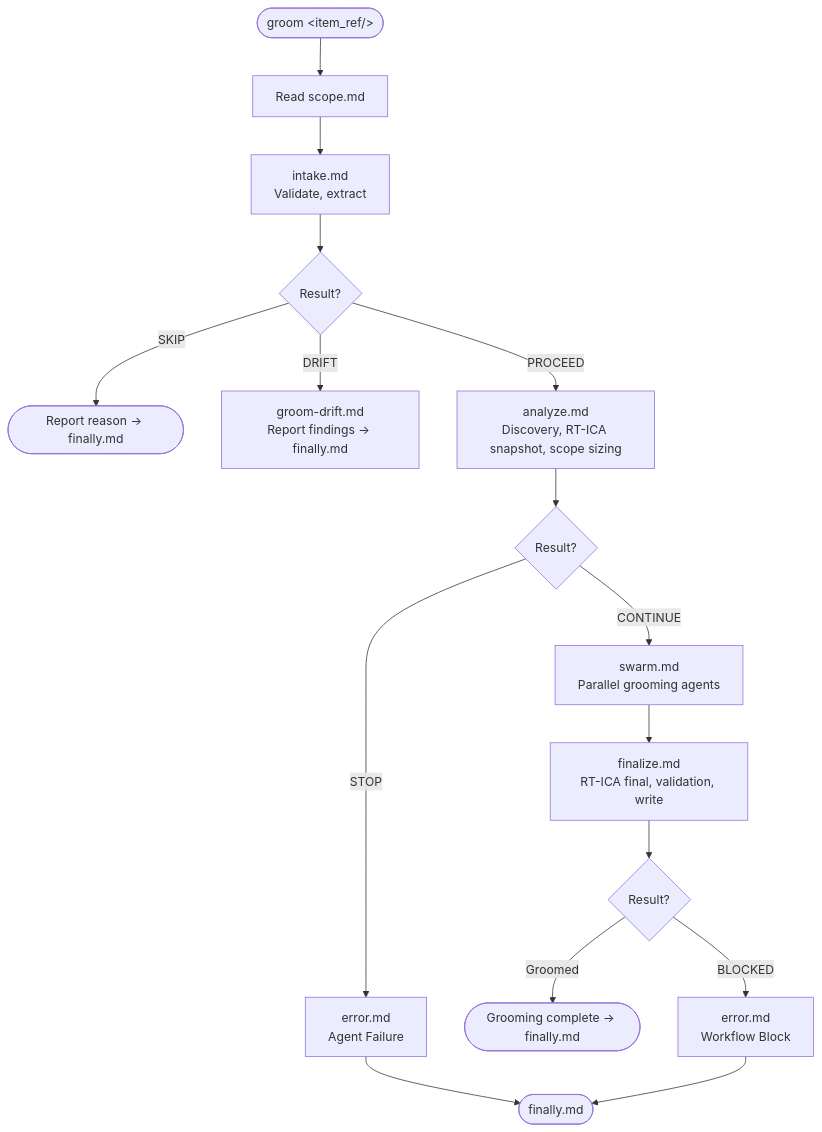
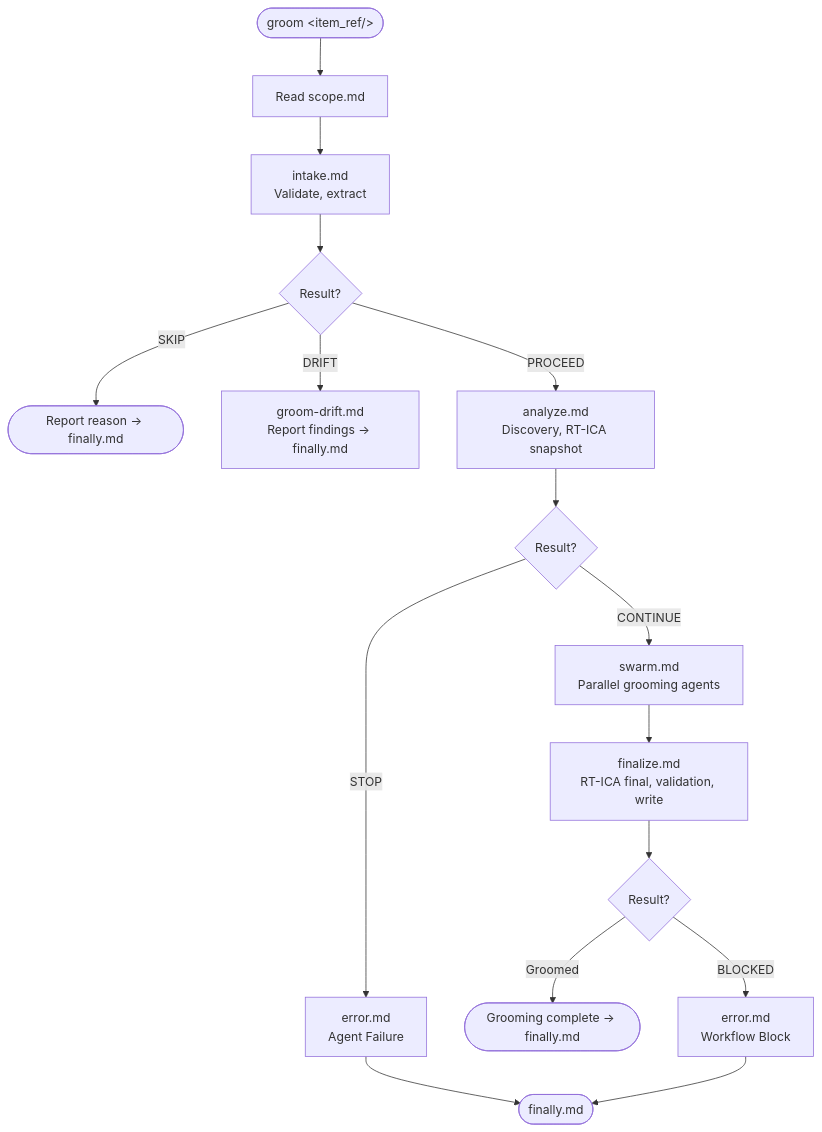
Before and after one commit to Jamie-BitFlight/claude_skills: the diagram in plugins/development-harness/skills/work-backlog-item/references/workflows/groom/start.md, drawn with Mermaid. The commit also changed other lines of this file and 24 other files, not shown here.

````diff
--- a/plugins/development-harness/skills/work-backlog-item/references/workflows/groom/start.md
+++ b/plugins/development-harness/skills/work-backlog-item/references/workflows/groom/start.md
@@ -9,18 +9,18 @@
 ```mermaid
 flowchart TD
     Start(["groom &lt;item_ref/&gt;"]) --> Scope["Read scope.md"]
     Scope --> Intake["intake.md<br>Validate, extract"]
     Intake --> IResult{"Result?"}
     IResult -->|"SKIP"| SkipEnd(["Report reason → finally.md"])
     IResult -->|"DRIFT"| DriftSub["groom-drift.md<br>Report findings → finally.md"]
-    IResult -->|"PROCEED"| Analyze["analyze.md<br>Discovery, RT-ICA snapshot, scope sizing"]
+    IResult -->|"PROCEED"| Analyze["analyze.md<br>Discovery, RT-ICA snapshot"]
     Analyze --> AResult{"Result?"}
     AResult -->|"STOP"| ErrRoute["error.md<br>Agent Failure"]
     AResult -->|"CONTINUE"| Swarm["swarm.md<br>Parallel grooming agents"]
     Swarm --> Finalize["finalize.md<br>RT-ICA final, validation, write"]
     Finalize --> FResult{"Result?"}
     FResult -->|"Groomed"| Done(["Grooming complete → finally.md"])
     FResult -->|"BLOCKED"| BlockRoute["error.md<br>Workflow Block"]
     ErrRoute --> Finally(["finally.md"])
     BlockRoute --> Finally
 ```
````
